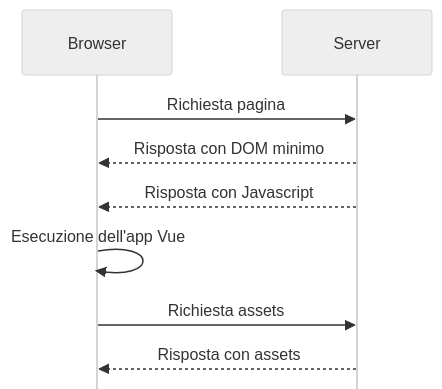
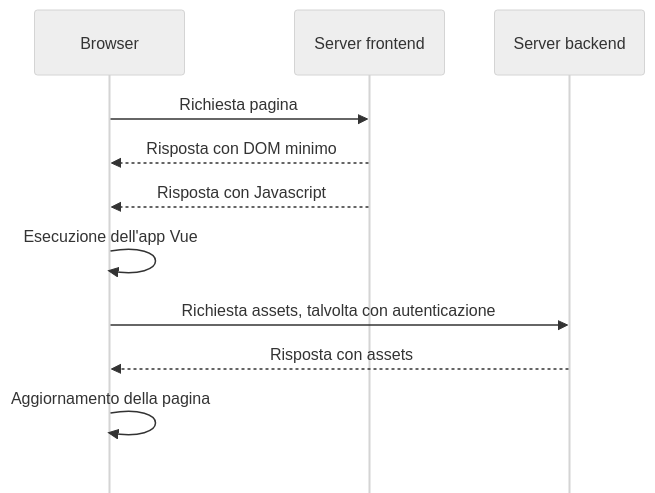
One commit to iacobucci/tesi-triennale changed the second of 3 diagrams in 2-descrizione_delle_tecnologie.md. Above: the diagram before and after it, drawn with Mermaid. The commit also changed other lines of this file and 3 other files, not shown here.

````diff
--- a/2-descrizione_delle_tecnologie.md
+++ b/2-descrizione_delle_tecnologie.md
@@ -143,12 +145,14 @@
-```mermaid {align=l width=5cm}
+```mermaid {align=l width=7cm}
 %%{init: {'theme': 'neutral', 'mirrorActors': false} }%%
 sequenceDiagram
     participant Browser
-    participant Server
-    Browser->>Server: Richiesta pagina
-    Server-->>Browser: Risposta con DOM minimo
-    Server-->>Browser: Risposta con Javascript
+    participant Server frontend
+    participant Server backend
+    Browser->>Server frontend: Richiesta pagina
+    Server frontend-->>Browser: Risposta con DOM minimo
+    Server frontend-->>Browser: Risposta con Javascript
     Browser->>Browser: Esecuzione dell'app Vue
-    Browser->>Server: Richiesta assets
-    Server-->>Browser: Risposta con assets
+    Browser->>Server backend: Richiesta assets, talvolta con autenticazione
+    Server backend-->>Browser: Risposta con assets
+    Browser->>Browser: Aggiornamento della pagina
 ```  
````
